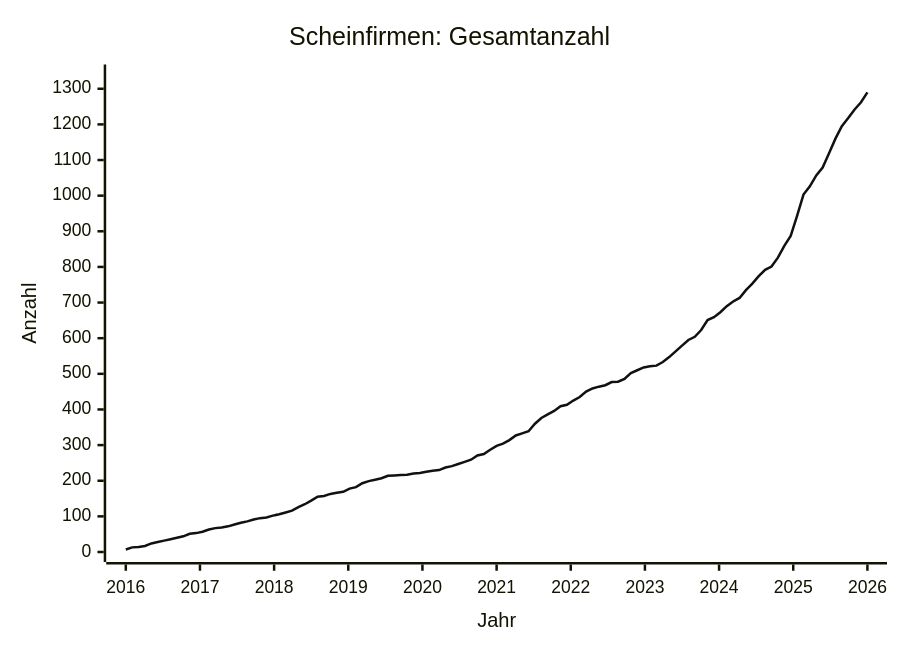
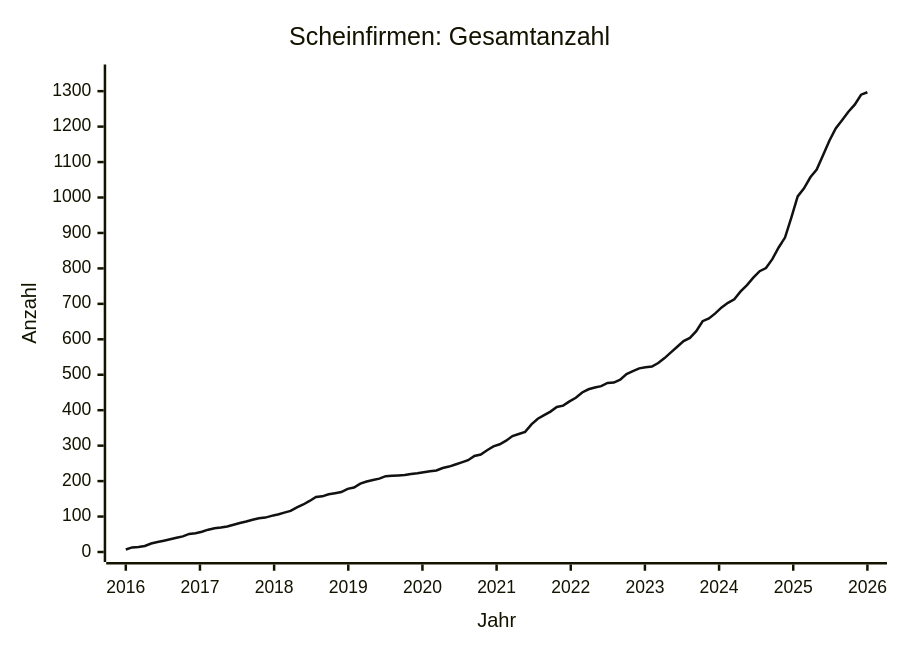
The diagram in data/STATS.md (arjoma/scheinfirmen-at), drawn with Mermaid before and after one commit. The commit also changed other lines of this file and 3 other files, not shown here.

````diff
--- a/data/STATS.md
+++ b/data/STATS.md
@@ -9,13 +9,13 @@
 ```mermaid
 ---
 config:
   themeVariables:
     xyChart:
       plotColorPalette: "#111111"
 ---
 xychart-beta
     title "Scheinfirmen: Gesamtanzahl"
     x-axis "Jahr" 2016 --> 2026
-    y-axis "Anzahl" 0 --> 1340
-    line [7, 13, 14, 17, 24, 28, 32, 36, 40, 44, 51, 53, 57, 63, 67, 69, 72, 77, 82, 86, 91, 95, 97, 102, 106, 111, 116, 126, 134, 144, 155, 157, 163, 166, 169, 178, 182, 193, 199, 203, 207, 214, 215, 216, 217, 220, 222, 225, 228, 230, 237, 241, 247, 253, 259, 271, 275, 287, 298, 304, 314, 327, 333, 339, 360, 376, 386, 396, 409, 413, 425, 435, 450, 459, 464, 468, 477, 478, 486, 502, 510, 518, 521, 523, 533, 547, 563, 579, 595, 604, 623, 651, 659, 673, 690, 703, 713, 735, 753, 774, 792, 801, 826, 859, 887, 943, 1003, 1026, 1057, 1079, 1119, 1160, 1195, 1218, 1242, 1262, 1290]
+    y-axis "Anzahl" 0 --> 1347
+    line [7, 13, 14, 17, 24, 28, 32, 36, 40, 44, 51, 53, 57, 63, 67, 69, 72, 77, 82, 86, 91, 95, 97, 102, 106, 111, 116, 126, 134, 144, 155, 157, 163, 166, 169, 178, 182, 193, 199, 203, 207, 214, 215, 216, 217, 220, 222, 225, 228, 230, 237, 241, 247, 253, 259, 271, 275, 287, 298, 304, 314, 327, 333, 339, 360, 376, 386, 396, 409, 413, 425, 435, 450, 459, 464, 468, 477, 478, 486, 502, 510, 518, 521, 523, 533, 547, 563, 579, 595, 604, 623, 651, 659, 673, 690, 703, 713, 735, 753, 774, 792, 801, 826, 859, 887, 943, 1003, 1026, 1057, 1079, 1119, 1160, 1195, 1218, 1242, 1262, 1290, 1297]
 ```
````
